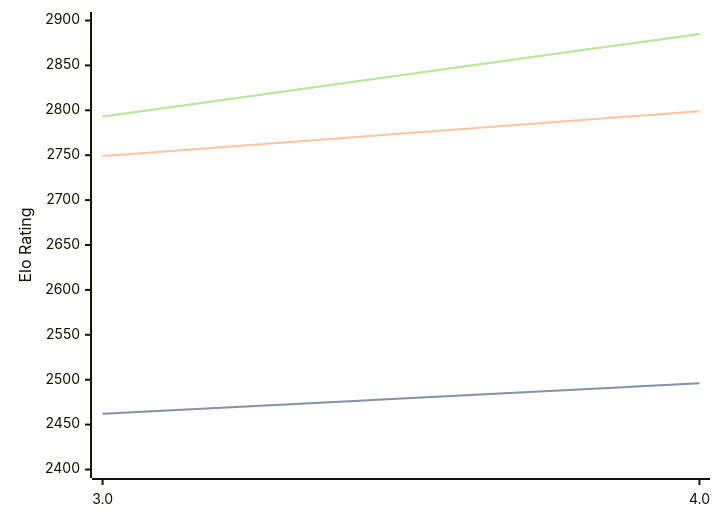
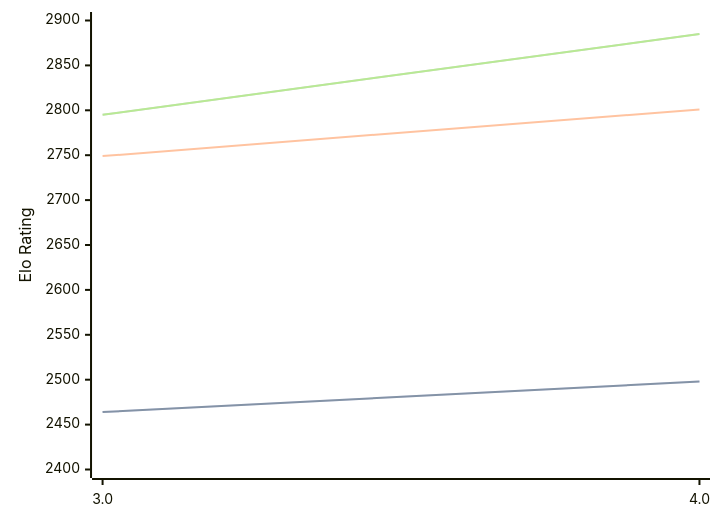
The diagram in engines/Chess3.md (computer-chess-index/cci), drawn with Mermaid before and after one commit. The commit also changed other lines of this file, not shown here.

Commit message:
Update CCI Ratings (ELO VLTC) - 2026-08-21

````diff
--- a/engines/Chess3.md
+++ b/engines/Chess3.md
@@ -32,11 +32,11 @@
 ```mermaid
 %%{init: {"theme":"base","themeVariables":{"seriesColors:['#a3a3a3','#222221','#faa371']}}}%%
 xychart-beta
   x-axis ["3.0", "4.0"]
   y-axis "Elo Rating" 2400 --> 2900
-  line "STC (8.0+0.08s)" [2462, 2496]
-  line "STC (8.0+0.08s)" [2462, 2496]
-  line "LTC (60.0+0.60s)" [2749, 2799]
-  line "VLTC (2m24s+1.12s)" [2793, 2885]
-  line "VLTC (2m24s+1.12s)" [2793, 2885]
+  line "STC (8.0+0.08s)" [2464, 2498]
+  line "STC (8.0+0.08s)" [2464, 2498]
+  line "LTC (60.0+0.60s)" [2749, 2801]
+  line "VLTC (2m24s+1.12s)" [2795, 2885]
+  line "VLTC (2m24s+1.12s)" [2795, 2885]
 ```
````
